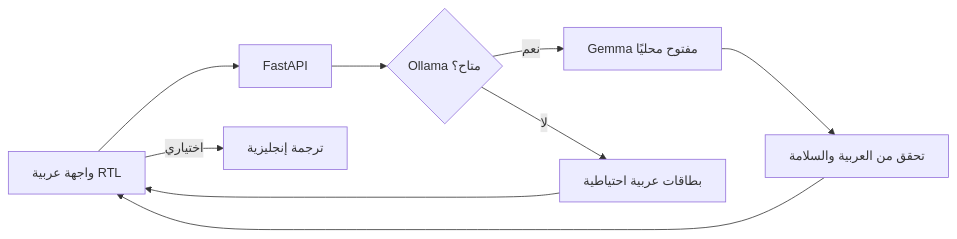
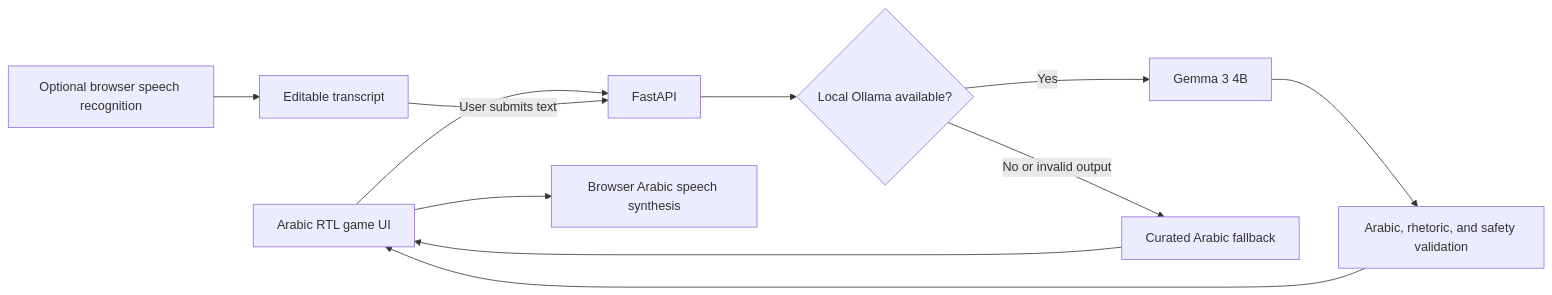
One commit to FreemanBoss/bayaan changed the diagram in README.md. Above: the diagram before and after it, drawn with Mermaid. The commit also changed other lines of this file and 5 other files, not shown here.

Commit message:
feat: make Bayaan Arabic-only game with voice and dark mode

````diff
--- a/README.md
+++ b/README.md
@@ -44,11 +50,13 @@
 ```mermaid
 flowchart LR
-    A[واجهة عربية RTL] --> B[FastAPI]
-    B --> C{Ollama متاح؟}
-    C -->|نعم| D[Gemma مفتوح محليًا]
-    C -->|لا| E[بطاقات عربية احتياطية]
-    D --> F[تحقق من العربية والسلامة]
+    A[Arabic RTL game UI] --> B[FastAPI]
+    B --> C{Local Ollama available?}
+    C -->|Yes| D[Gemma 3 4B]
+    C -->|No or invalid output| E[Curated Arabic fallback]
+    D --> F[Arabic, rhetoric, and safety validation]
     E --> A
     F --> A
-    A -->|اختياري| G[ترجمة إنجليزية]
+    G[Optional browser speech recognition] --> H[Editable transcript]
+    H -->|User submits text| B
+    A --> I[Browser Arabic speech synthesis]
 ```
````
